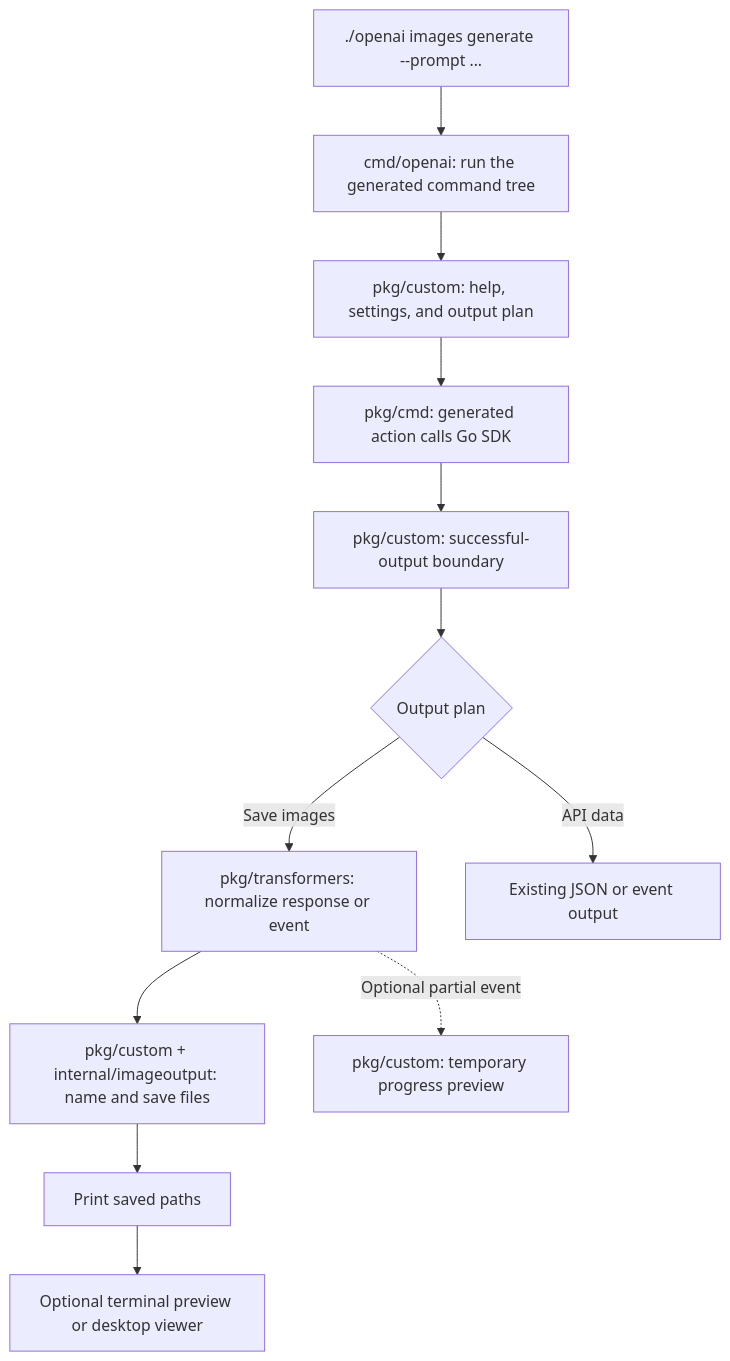
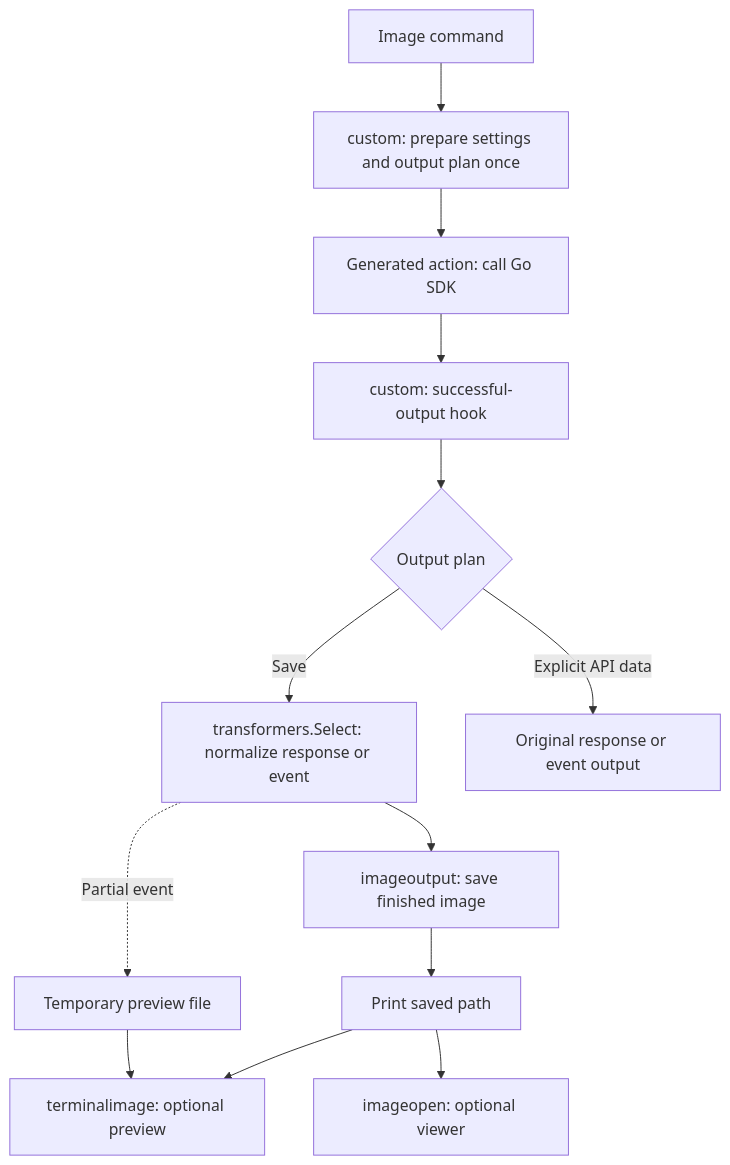
Before and after one commit to openai/openai-cli: the first of 2 diagrams in docs/image-implementation.md, drawn with Mermaid. The commit also changed other lines of this file and 4 other files, not shown here.

Commit message:
docs(architecture): map feature owners and enforce library boundaries

````diff
--- a/docs/image-implementation.md
+++ b/docs/image-implementation.md
@@ -48,14 +53,15 @@
 ```mermaid
 flowchart TD
-    A["./openai images generate --prompt ..."] --> B["cmd/openai: run the generated command tree"]
-    B --> C["pkg/custom: help, settings, and output plan"]
-    C --> D["pkg/cmd: generated action calls Go SDK"]
-    D --> E["pkg/custom: successful-output boundary"]
-    E --> F{"Output plan"}
-    F -->|"Save images"| T["pkg/transformers: normalize response or event"]
-    T --> S["pkg/custom + internal/imageoutput: name and save files"]
-    S --> G["Print saved paths"]
-    G --> H["Optional terminal preview or desktop viewer"]
-    F -->|"API data"| I["Existing JSON or event output"]
-    T -. "Optional partial event" .-> J["pkg/custom: temporary progress preview"]
+    A[Image command] --> B[custom: prepare settings and output plan once]
+    B --> C[Generated action: call Go SDK]
+    C --> D[custom: successful-output hook]
+    D --> E{Output plan}
+    E -->|Save| F[transformers.Select: normalize response or event]
+    F --> G[imageoutput: save finished image]
+    G --> H[Print saved path]
+    H --> I[terminalimage: optional preview]
+    H --> J[imageopen: optional viewer]
+    F -. Partial event .-> K[Temporary preview file]
+    K --> I
+    E -->|Explicit API data| L[Original response or event output]
 ```
````
